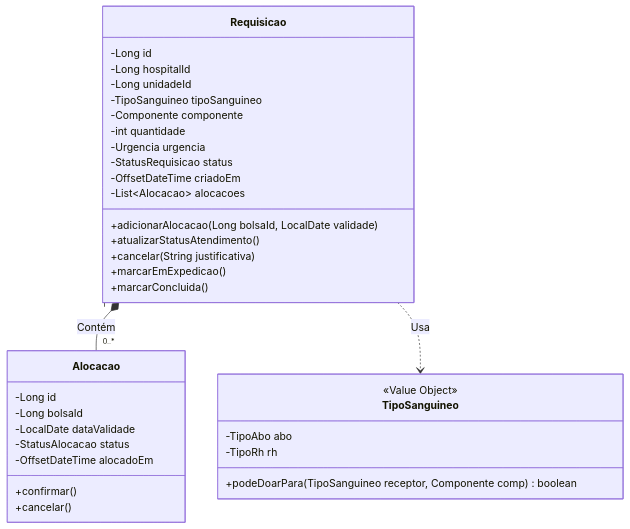
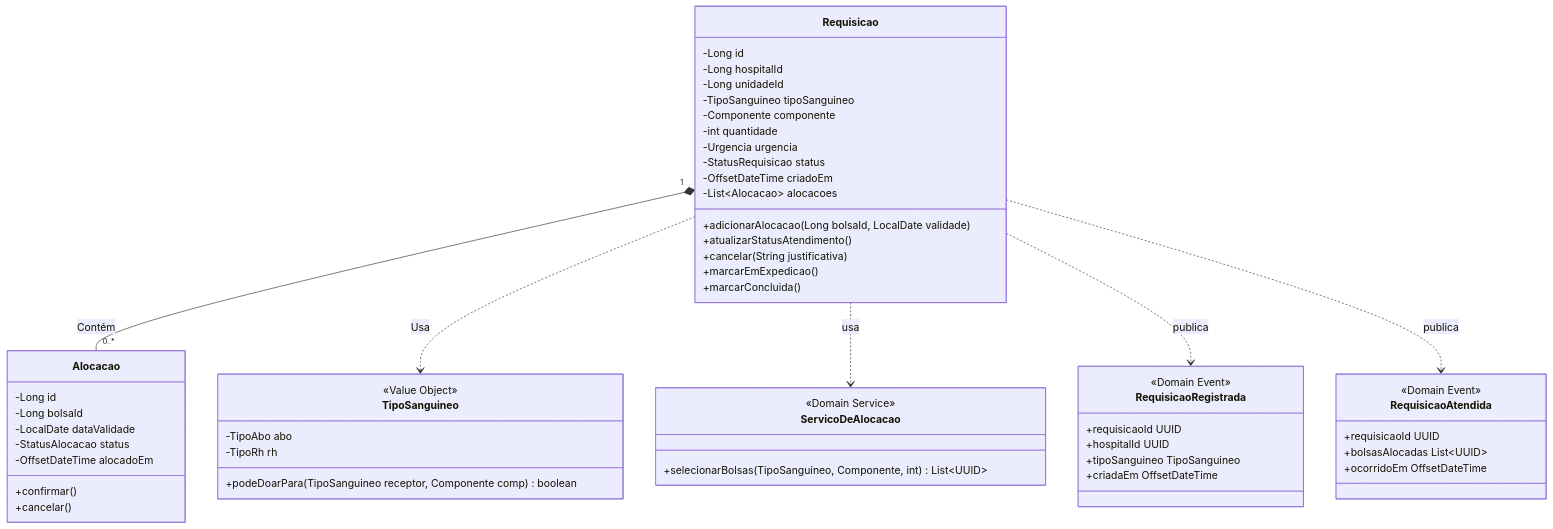
One commit to Lucas-Alves123/PI2 changed the second of 7 diagrams in docs/arquitetura/diagramas/diagramas.md. Above: the diagram before and after it, drawn with Mermaid. The commit also changed other lines of this file and 6 other files, not shown here.

````diff
--- a/docs/arquitetura/diagramas/diagramas.md
+++ b/docs/arquitetura/diagramas/diagramas.md
@@ -57,40 +57,63 @@
 ```mermaid
 classDiagram
     class Requisicao {
         -Long id
         -Long hospitalId
         -Long unidadeId
         -TipoSanguineo tipoSanguineo
         -Componente componente
         -int quantidade
         -Urgencia urgencia
         -StatusRequisicao status
         -OffsetDateTime criadoEm
         -List~Alocacao~ alocacoes
         +adicionarAlocacao(Long bolsaId, LocalDate validade)
         +atualizarStatusAtendimento()
         +cancelar(String justificativa)
         +marcarEmExpedicao()
         +marcarConcluida()
     }
 
     class Alocacao {
         -Long id
         -Long bolsaId
         -LocalDate dataValidade
         -StatusAlocacao status
         -OffsetDateTime alocadoEm
         +confirmar()
         +cancelar()
     }
 
     class TipoSanguineo {
         <<Value Object>>
         -TipoAbo abo
         -TipoRh rh
         +podeDoarPara(TipoSanguineo receptor, Componente comp) boolean
     }
 
+    class ServicoDeAlocacao {
+        <<Domain Service>>
+        +selecionarBolsas(TipoSanguineo, Componente, int) List~UUID~
+    }
+
+    class RequisicaoRegistrada {
+        <<Domain Event>>
+        +requisicaoId UUID
+        +hospitalId UUID
+        +tipoSanguineo TipoSanguineo
+        +criadaEm OffsetDateTime
+    }
+
+    class RequisicaoAtendida {
+        <<Domain Event>>
+        +requisicaoId UUID
+        +bolsasAlocadas List~UUID~
+        +ocorridoEm OffsetDateTime
+    }
+
     Requisicao "1" *-- "0..*" Alocacao : Contém
     Requisicao ..> TipoSanguineo : Usa
+    Requisicao ..> ServicoDeAlocacao : usa
+    Requisicao ..> RequisicaoRegistrada : publica
+    Requisicao ..> RequisicaoAtendida : publica
 ```
````
